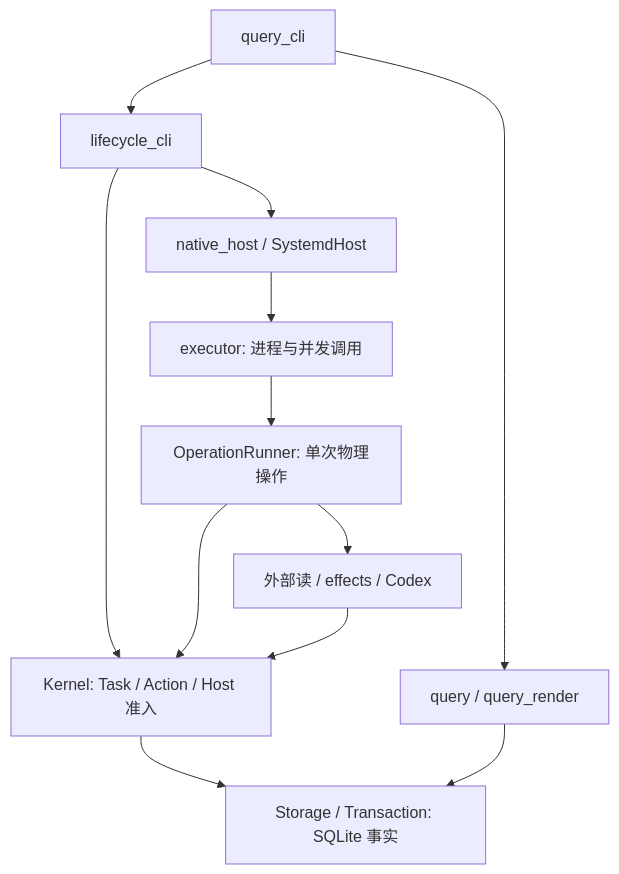
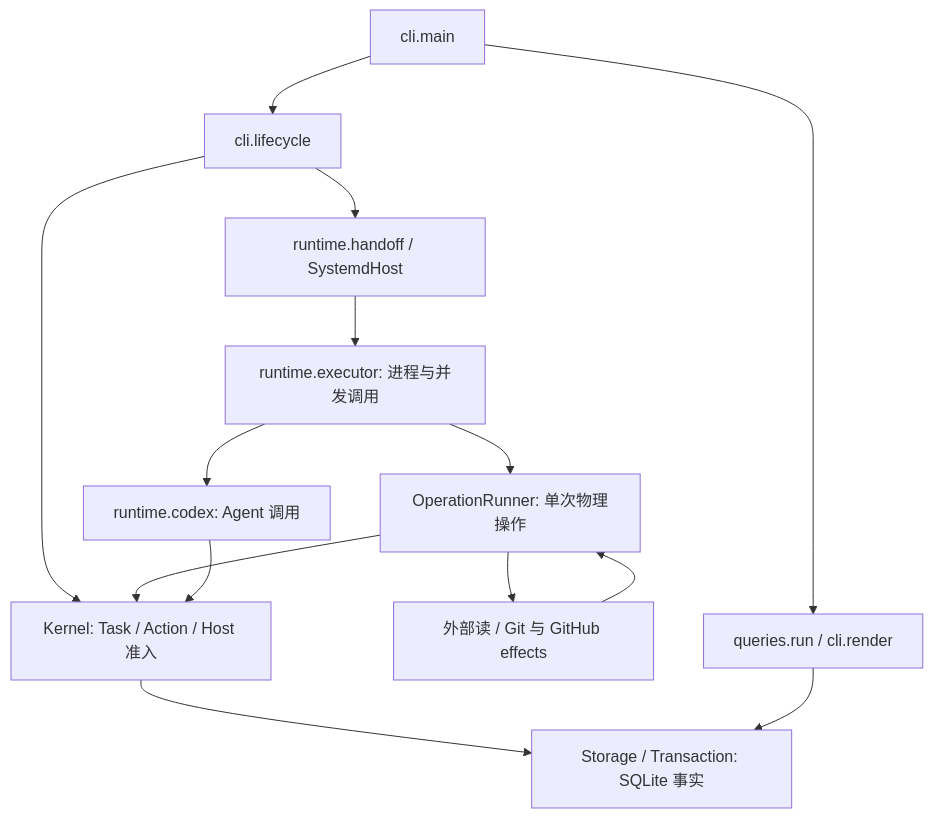
The diagram in docs/architecture.md (GRD-Chang/grill-engineering), drawn with Mermaid before and after one commit. The commit also changed other lines of this file and 11 other files, not shown here.

````diff
--- a/docs/architecture.md
+++ b/docs/architecture.md
@@ -15,14 +14,16 @@
 ```mermaid
 flowchart TD
-    CLI[query_cli] --> Lifecycle[lifecycle_cli]
+    CLI[cli.main] --> Lifecycle[cli.lifecycle]
     Lifecycle --> Core[Kernel: Task / Action / Host 准入]
-    Lifecycle --> Host[native_host / SystemdHost]
-    Host --> Executor[executor: 进程与并发调用]
+    Lifecycle --> Host[runtime.handoff / SystemdHost]
+    Host --> Executor[runtime.executor: 进程与并发调用]
     Executor --> Runner[OperationRunner: 单次物理操作]
     Runner --> Core
     Core --> Store[Storage / Transaction: SQLite 事实]
-    Runner --> IO[外部读 / effects / Codex]
-    IO --> Core
-    CLI --> Query[query / query_render]
+    Runner --> IO[外部读 / Git 与 GitHub effects]
+    IO --> Runner
+    Executor --> Worker[runtime.codex: Agent 调用]
+    Worker --> Core
+    CLI --> Query[queries.run / cli.render]
     Query --> Store
 ```
````
